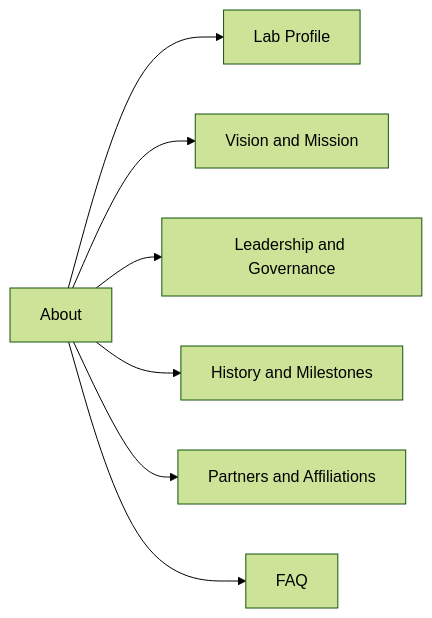
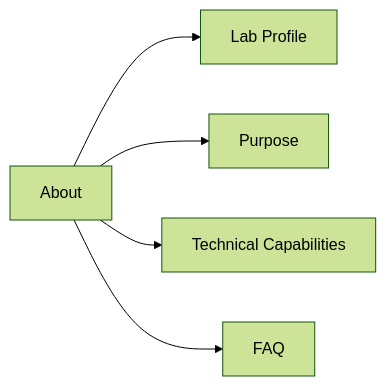
One commit to fhtm21/InnoLab changed the second of 7 diagrams in conceptual/microsite_concept.md. Above: the diagram before and after it, drawn with Mermaid (forest theme). The commit also changed other lines of this file and 3 other files, not shown here.

````diff
--- a/conceptual/microsite_concept.md
+++ b/conceptual/microsite_concept.md
@@ -105,9 +101,7 @@
 ```mermaid
 flowchart LR
   A[About] --> A1[Lab Profile]
-  A --> A2[Vision and Mission]
-  A --> A3[Leadership and Governance]
-  A --> A4[History and Milestones]
-  A --> A5[Partners and Affiliations]
-  A --> A6[FAQ]
+  A --> A2[Purpose]
+  A --> A3[Technical Capabilities]
+  A --> A4[FAQ]
 ```
````
